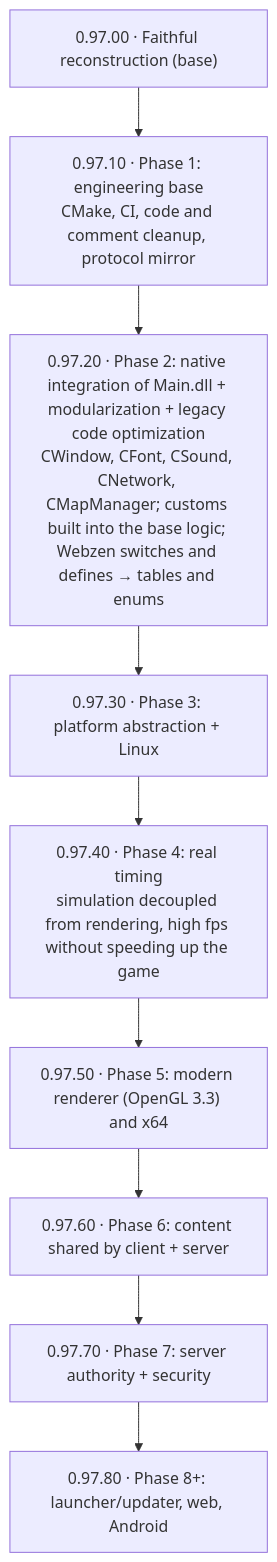
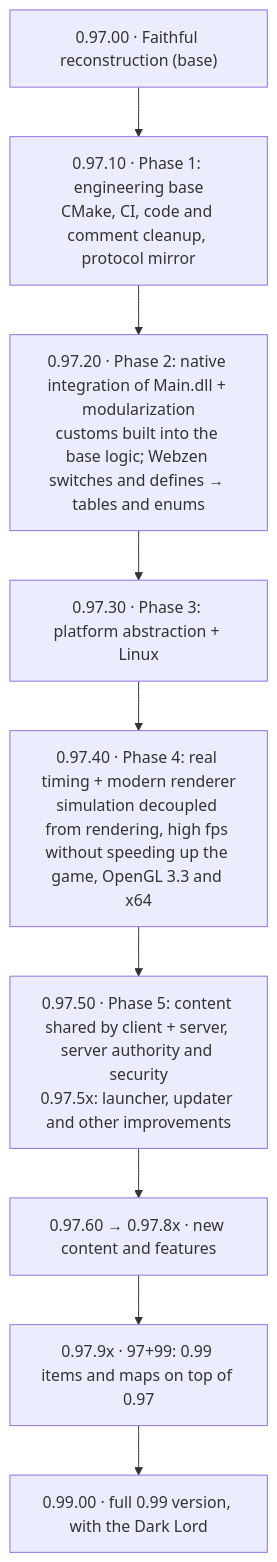
The first of 2 diagrams in README.en.md (EmanuelCatania/Mu-97k-Client-Source), drawn with Mermaid before and after one commit. The commit also changed other lines of this file and 2 other files, not shown here.

First line of the commit message:
README: hoja de ruta y versionado por versión de Webzen

````diff
--- a/README.en.md
+++ b/README.en.md
@@ -551,12 +557,12 @@
 ```mermaid
 flowchart TD
     F0["0.97.00 · Faithful reconstruction (base)"] --> F1
     F1["0.97.10 · Phase 1: engineering base<br/>CMake, CI, code and comment cleanup, protocol mirror"] --> F2
-    F2["0.97.20 · Phase 2: native integration of Main.dll + modularization + legacy code optimization<br/>CWindow, CFont, CSound, CNetwork, CMapManager; customs built into the base logic; Webzen switches and defines → tables and enums"] --> F3
+    F2["0.97.20 · Phase 2: native integration of Main.dll + modularization<br/>customs built into the base logic; Webzen switches and defines → tables and enums"] --> F3
     F3["0.97.30 · Phase 3: platform abstraction + Linux"] --> F4
-    F4["0.97.40 · Phase 4: real timing<br/>simulation decoupled from rendering, high fps without speeding up the game"] --> F5
-    F5["0.97.50 · Phase 5: modern renderer (OpenGL 3.3) and x64"] --> F6
-    F6["0.97.60 · Phase 6: content shared by client + server"] --> F7
-    F7["0.97.70 · Phase 7: server authority + security"] --> F8
-    F8["0.97.80 · Phase 8+: launcher/updater, web, Android"]
+    F4["0.97.40 · Phase 4: real timing + modern renderer<br/>simulation decoupled from rendering, high fps without speeding up the game, OpenGL 3.3 and x64"] --> F5
+    F5["0.97.50 · Phase 5: content shared by client + server, server authority and security<br/>0.97.5x: launcher, updater and other improvements"] --> F6
+    F6["0.97.60 → 0.97.8x · new content and features"] --> F9
+    F9["0.97.9x · 97+99: 0.99 items and maps on top of 0.97"] --> V99
+    V99["0.99.00 · full 0.99 version, with the Dark Lord"]
 ```
````
